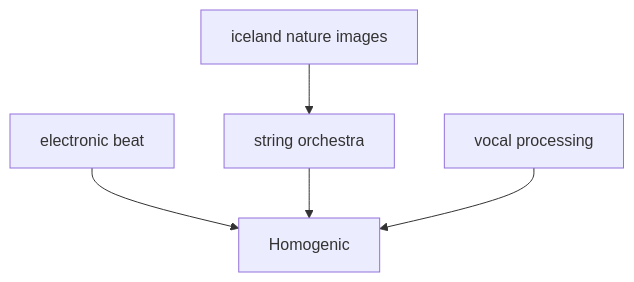
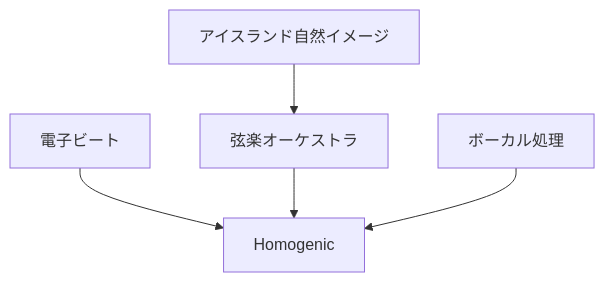
One commit to monumental-movement/monumental-movement.github.io changed the eighth of 11 diagrams in en/_posts/2026-07-01-column-influential-album-03.md. Above: the diagram before and after it, drawn with Mermaid. The commit also changed other lines of this file and 2196 other files, not shown here.

```diff
--- a/en/_posts/2026-07-01-column-influential-album-03.md
+++ b/en/_posts/2026-07-01-column-influential-album-03.md
@@ -830,14 +828,14 @@
 <div class="mermaid">
 flowchart TD
-A[iceland nature images]
-B[electronic beat]
-C[string orchestra]
-D[vocal processing]
+A[アイスランド自然イメージ]
+B[電子ビート]
+C[弦楽オーケストラ]
+D[ボーカル処理]
 E[Homogenic]
 
 A --> C
 B --> E
 C --> E
 D --> E
 
 </div>
```
